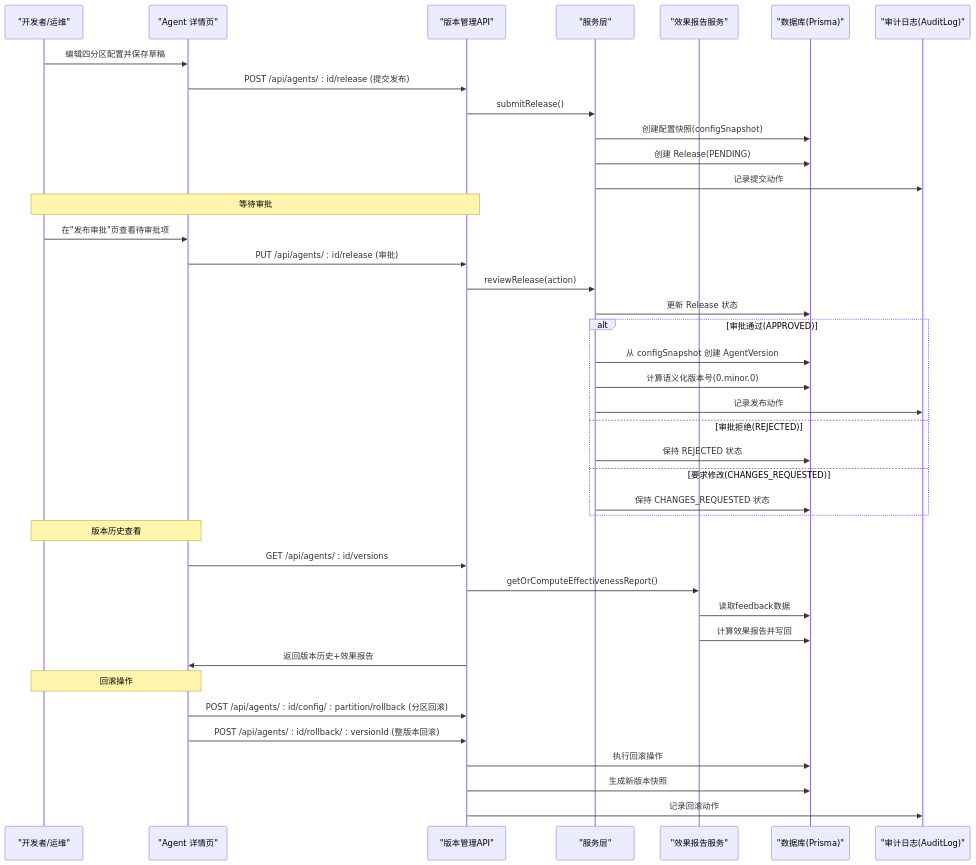
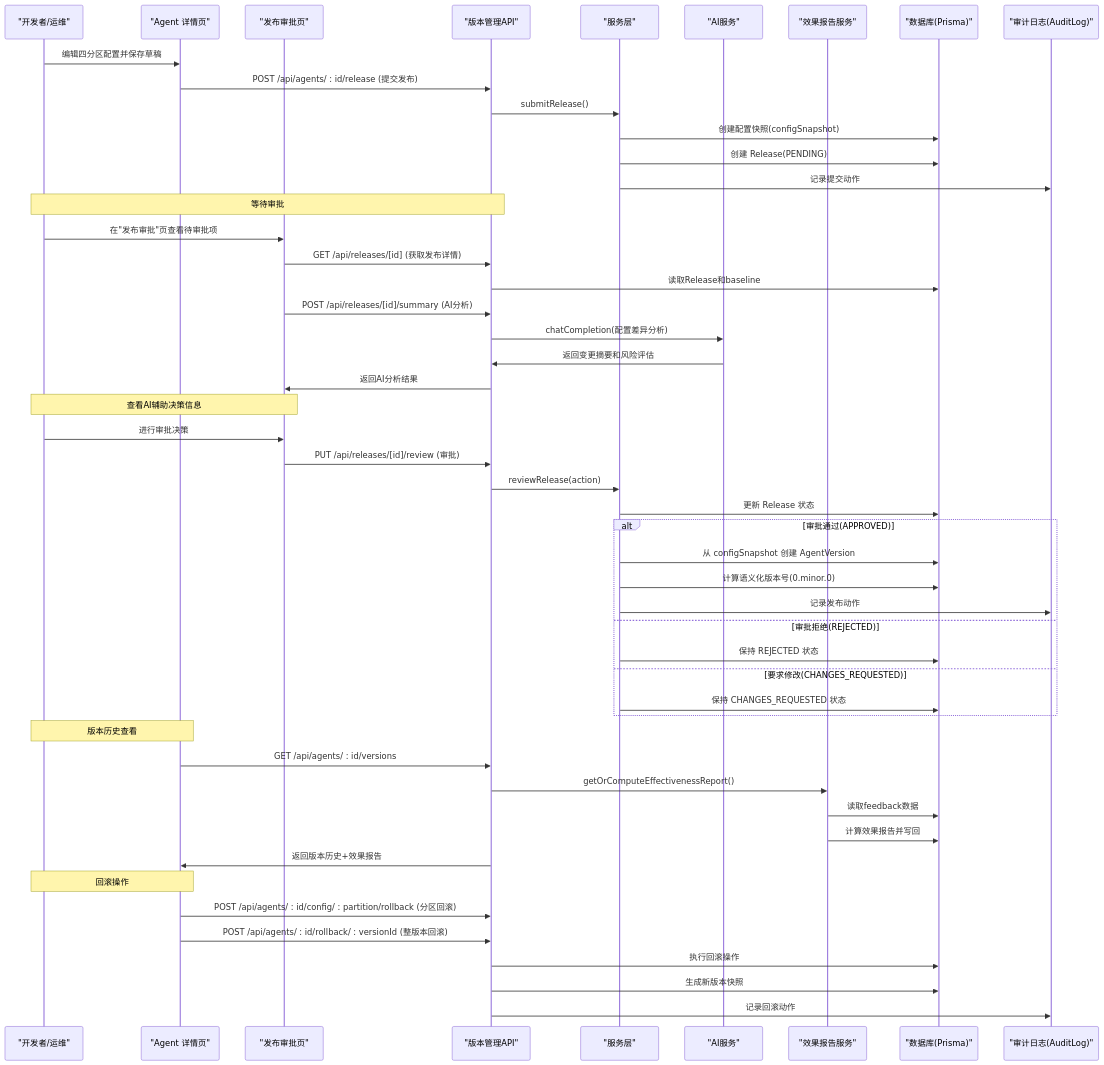
One commit to ai-guru-global/agent-up changed the second of 9 diagrams in .qoder/repowiki/zh/content/功能模块/版本控制.md. Above: the diagram before and after it, drawn with Mermaid. The commit also changed other lines of this file and 32 other files, not shown here.

````diff
--- a/.qoder/repowiki/zh/content/功能模块/版本控制.md
+++ b/.qoder/repowiki/zh/content/功能模块/版本控制.md
@@ -130,42 +143,52 @@
 ```mermaid
 sequenceDiagram
 participant Dev as "开发者/运维"
 participant UI as "Agent 详情页"
+participant ReleaseUI as "发布审批页"
 participant API as "版本管理API"
 participant Service as "服务层"
+participant LLM as "AI服务"
 participant Effectiveness as "效果报告服务"
 participant DB as "数据库(Prisma)"
 participant Audit as "审计日志(AuditLog)"
 Dev->>UI : 编辑四分区配置并保存草稿
 UI->>API : POST /api/agents/ : id/release (提交发布)
 API->>Service : submitRelease()
 Service->>DB : 创建配置快照(configSnapshot)
 Service->>DB : 创建 Release(PENDING)
 Service->>Audit : 记录提交动作
 Note over Dev,API : 等待审批
-Dev->>UI : 在"发布审批"页查看待审批项
-UI->>API : PUT /api/agents/ : id/release (审批)
+Dev->>ReleaseUI : 在"发布审批"页查看待审批项
+ReleaseUI->>API : GET /api/releases/[id] (获取发布详情)
+API->>DB : 读取Release和baseline
+ReleaseUI->>API : POST /api/releases/[id]/summary (AI分析)
+API->>LLM : chatCompletion(配置差异分析)
+LLM->>API : 返回变更摘要和风险评估
+API->>ReleaseUI : 返回AI分析结果
+Note over Dev,ReleaseUI : 查看AI辅助决策信息
+Dev->>ReleaseUI : 进行审批决策
+ReleaseUI->>API : PUT /api/releases/[id]/review (审批)
 API->>Service : reviewRelease(action)
 Service->>DB : 更新 Release 状态
 alt 审批通过(APPROVED)
 Service->>DB : 从 configSnapshot 创建 AgentVersion
 Service->>DB : 计算语义化版本号(0.minor.0)
 Service->>Audit : 记录发布动作
 else 审批拒绝(REJECTED)
 Service->>DB : 保持 REJECTED 状态
 else 要求修改(CHANGES_REQUESTED)
 Service->>DB : 保持 CHANGES_REQUESTED 状态
 end
 Note over Dev,UI : 版本历史查看
 UI->>API : GET /api/agents/ : id/versions
 API->>Effectiveness : getOrComputeEffectivenessReport()
 Effectiveness->>DB : 读取feedback数据
 Effectiveness->>DB : 计算效果报告并写回
 API->>UI : 返回版本历史+效果报告
 Note over Dev,UI : 回滚操作
 UI->>API : POST /api/agents/ : id/config/ : partition/rollback (分区回滚)
 UI->>API : POST /api/agents/ : id/rollback/ : versionId (整版本回滚)
 API->>DB : 执行回滚操作
 API->>DB : 生成新版本快照
 API->>Audit : 记录回滚动作
 ```
````
